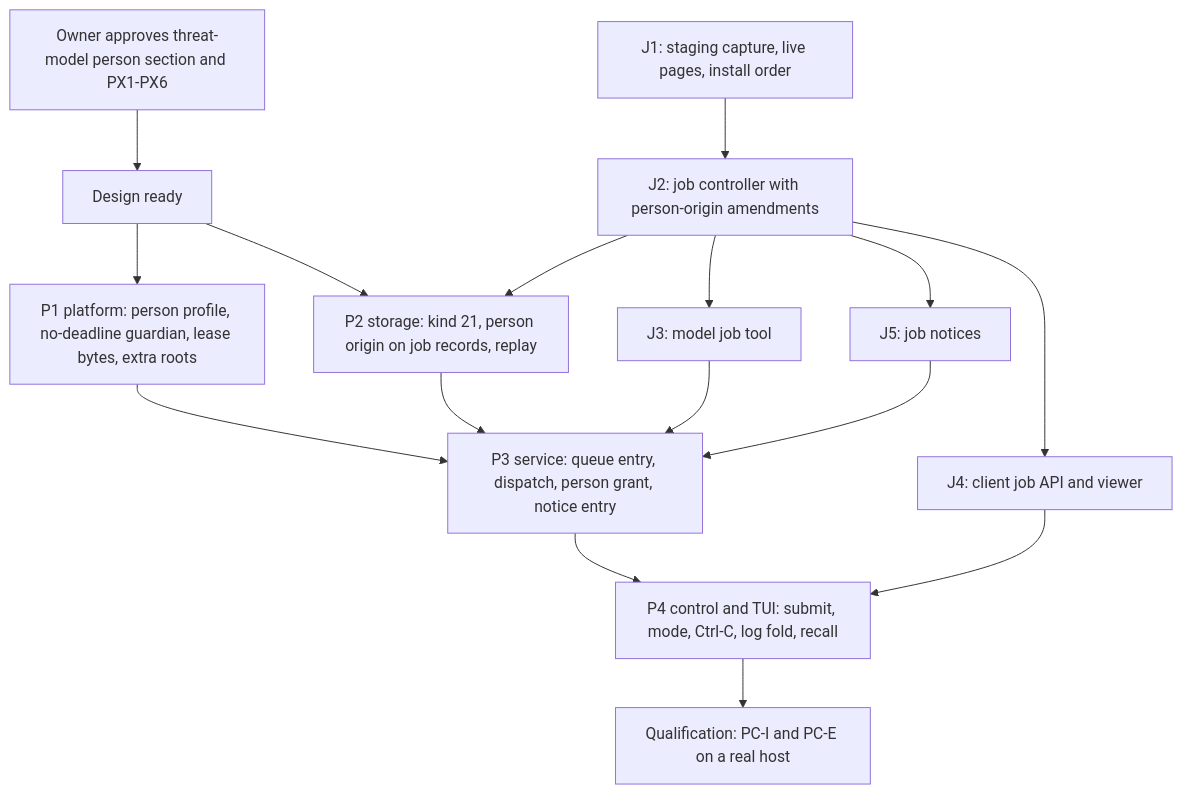
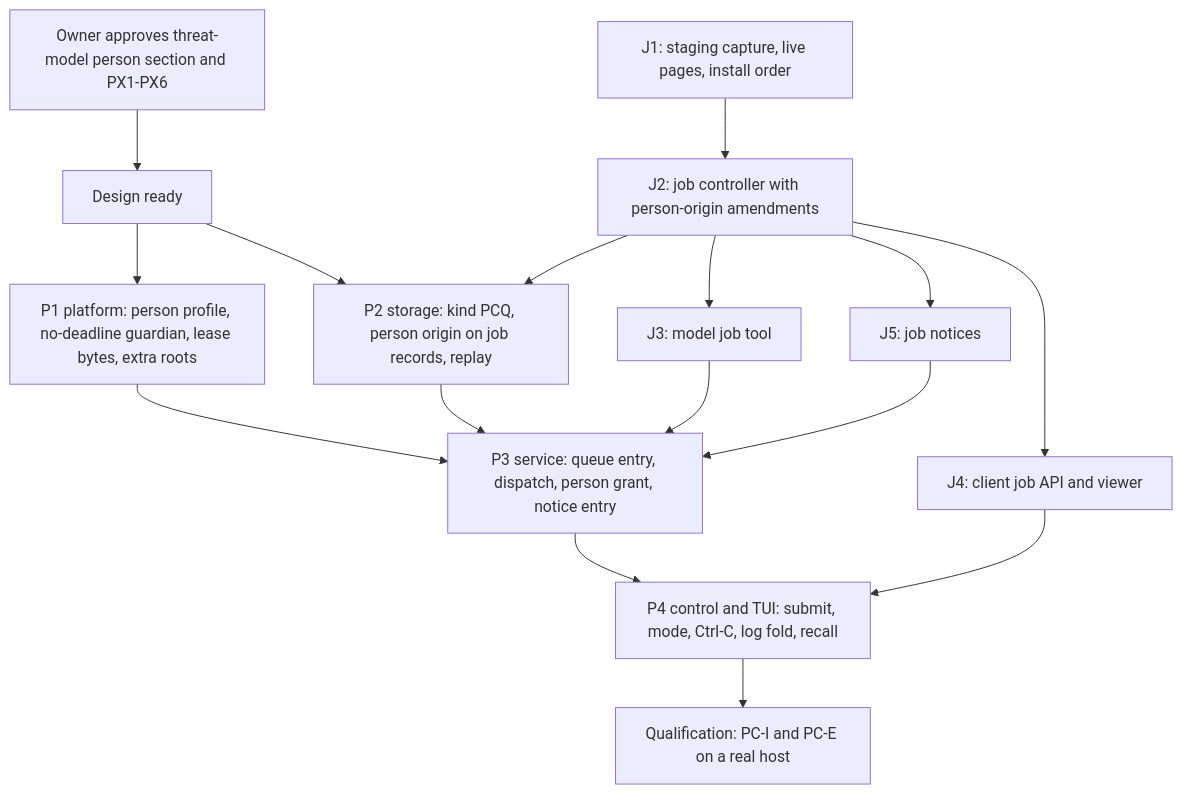
One commit to pidster/asura changed the seventh of 7 diagrams in docs/designs/person-command-mode.md. Above: the diagram before and after it, drawn with Mermaid. The commit also changed other lines of this file and 6 other files, not shown here.

````diff
--- a/docs/designs/person-command-mode.md
+++ b/docs/designs/person-command-mode.md
@@ -1068,18 +1073,18 @@
 ```mermaid
 flowchart TD
     TM["Owner approves threat-model person section and PX1-PX6"] --> Ready["Design ready"]
     J1["J1: staging capture, live pages, install order"] --> J2["J2: job controller with person-origin amendments"]
     J2 --> J4["J4: client job API and viewer"]
     J2 --> J3["J3: model job tool"]
     J2 --> J5["J5: job notices"]
     Ready --> P1["P1 platform: person profile, no-deadline guardian, lease bytes, extra roots"]
-    Ready --> P2["P2 storage: kind 21, person origin on job records, replay"]
+    Ready --> P2["P2 storage: kind PCQ, person origin on job records, replay"]
     J2 --> P2
     P1 --> P3["P3 service: queue entry, dispatch, person grant, notice entry"]
     P2 --> P3
     J3 --> P3
     J5 --> P3
     P3 --> P4["P4 control and TUI: submit, mode, Ctrl-C, log fold, recall"]
     J4 --> P4
     P4 --> Q["Qualification: PC-I and PC-E on a real host"]
 ```
````
